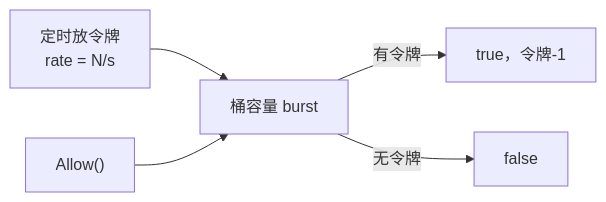
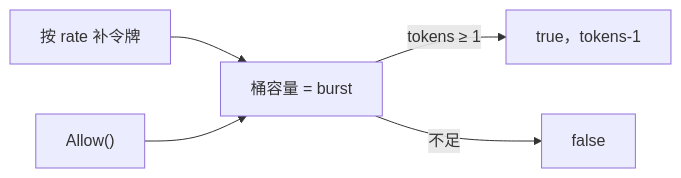
The second of 6 diagrams in 05-开发能力/06-SRE手写题与算法轮/知识点.md (ml-cuizijun/LearnToLilith), drawn with Mermaid before and after one commit. The commit also changed other lines of this file and 178 other files, not shown here.

````diff
--- a/05-开发能力/06-SRE手写题与算法轮/知识点.md
+++ b/05-开发能力/06-SRE手写题与算法轮/知识点.md
@@ -115,7 +112,7 @@
 ```mermaid
 flowchart LR
-    TICK["定时放令牌<br/>rate = N/s"] --> BUCKET["桶容量 burst"]
+    TICK["按 rate 补令牌"] --> BUCKET["桶容量 = burst"]
     REQ["Allow()"] --> BUCKET
-    BUCKET -->|有令牌| OK["true，令牌-1"]
-    BUCKET -->|无令牌| NO["false"]
+    BUCKET -->|tokens ≥ 1| OK["true，tokens-1"]
+    BUCKET -->|不足| NO["false"]
 ```
````
